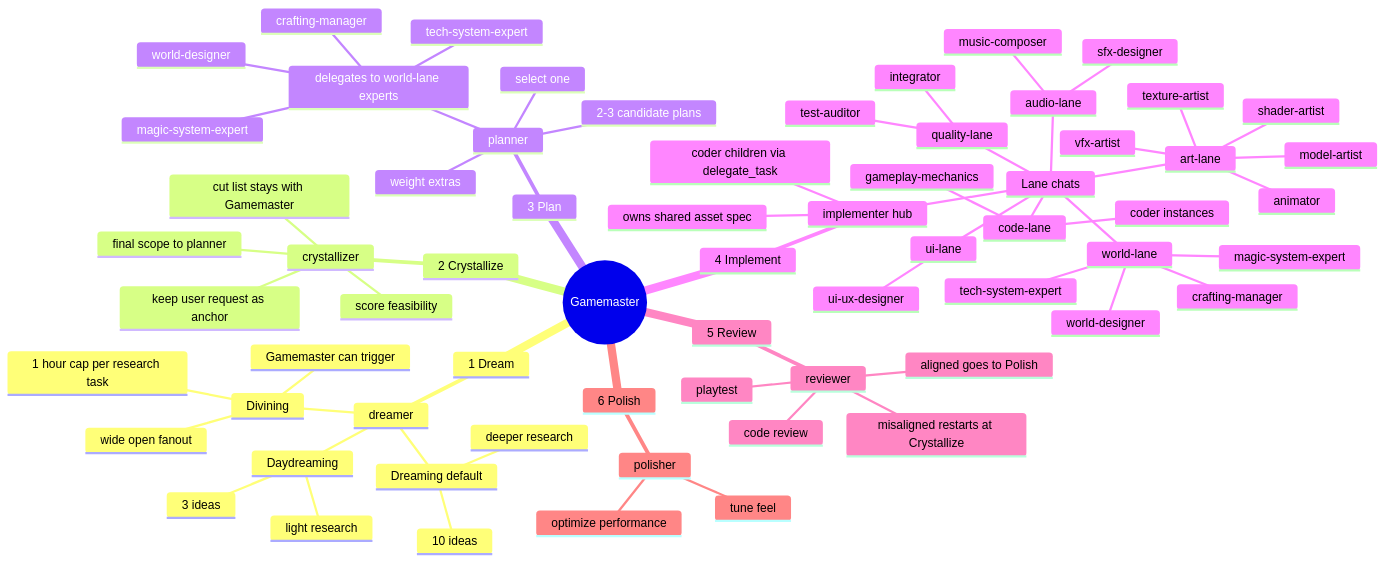
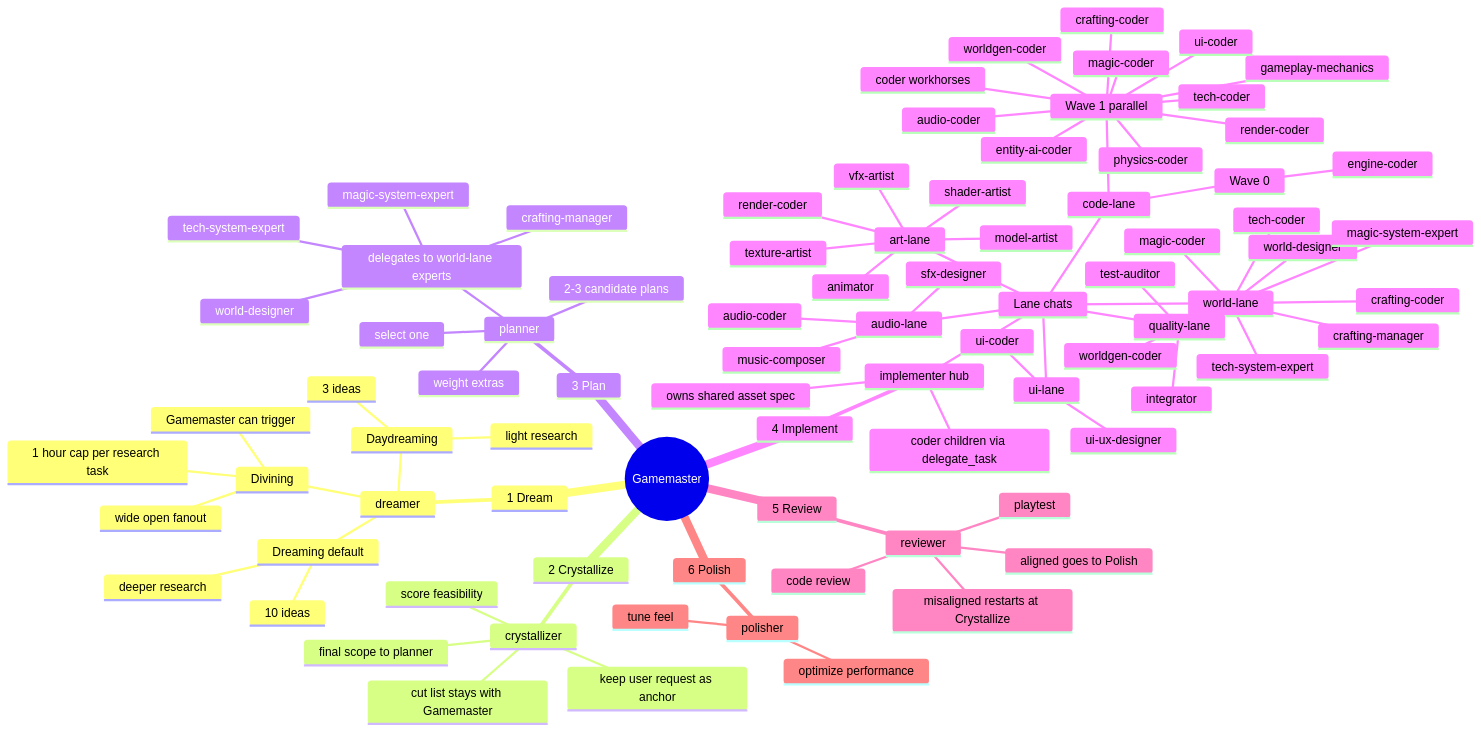
The diagram in docs/diagrams/gamemaster_mindmap.md (Koede/game-workflow), drawn with Mermaid before and after one commit. The commit also changed other lines of this file and 16 other files, not shown here.

```diff
--- a/docs/diagrams/gamemaster_mindmap.md
+++ b/docs/diagrams/gamemaster_mindmap.md
@@ -97,24 +99,43 @@
         coder children via delegate_task
         Lane chats
           code-lane
-            coder instances
-            gameplay-mechanics
+            Wave 0
+              engine-coder
+            Wave 1 parallel
+              coder workhorses
+              gameplay-mechanics
+              render-coder
+              worldgen-coder
+              physics-coder
+              entity-ai-coder
+              tech-coder
+              magic-coder
+              crafting-coder
+              ui-coder
+              audio-coder
           art-lane
             texture-artist
             model-artist
             animator
             vfx-artist
             shader-artist
+            render-coder
           world-lane
             world-designer
             crafting-manager
             tech-system-expert
             magic-system-expert
+            worldgen-coder
+            tech-coder
+            magic-coder
+            crafting-coder
           audio-lane
             sfx-designer
             music-composer
+            audio-coder
           ui-lane
             ui-ux-designer
+            ui-coder
           quality-lane
             integrator
             test-auditor
```
